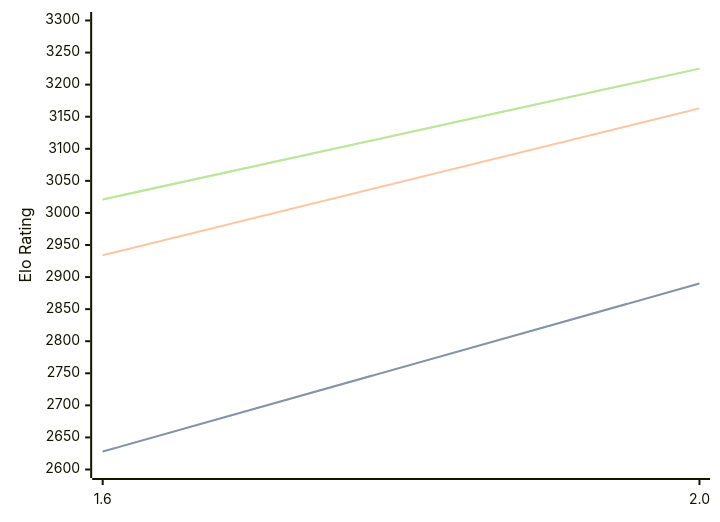
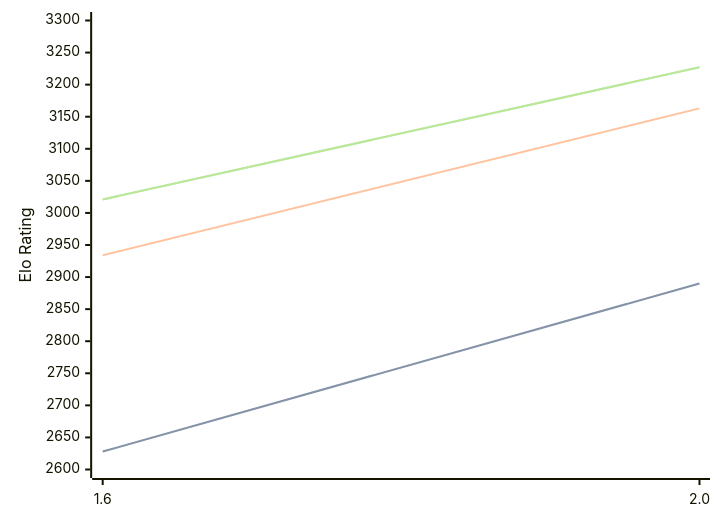
One commit to computer-chess-index/cci changed the diagram in engines/Onyx.md. Above: the diagram before and after it, drawn with Mermaid. The commit also changed other lines of this file, not shown here.

Commit message:
Update CCI Ratings (ELO VLTC) - 2026-09-06

````diff
--- a/engines/Onyx.md
+++ b/engines/Onyx.md
@@ -32,11 +32,11 @@
 ```mermaid
 %%{init: {"theme":"base","themeVariables":{"seriesColors:['#a3a3a3','#222221','#faa371']}}}%%
 xychart-beta
   x-axis ["1.6", "2.0"]
   y-axis "Elo Rating" 2600 --> 3300
   line "" [2628, 2890]
   line "STC (8.0+0.08s)" [2628, 2890]
   line "LTC (60.0+0.60s)" [2934, 3163]
-  line "" [3021, 3225]
-  line "VLTC (2m24s+1.12s)" [3021, 3225]
+  line "" [3021, 3227]
+  line "VLTC (2m24s+1.12s)" [3021, 3227]
 ```
````
